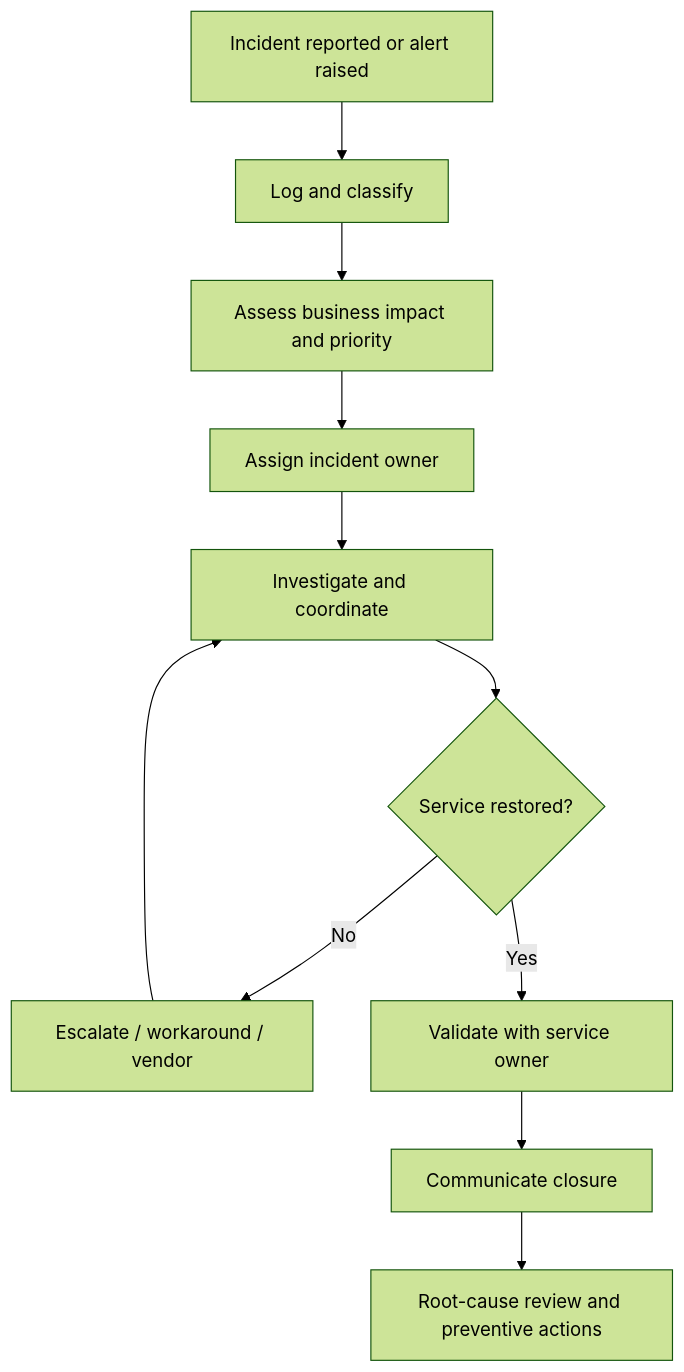
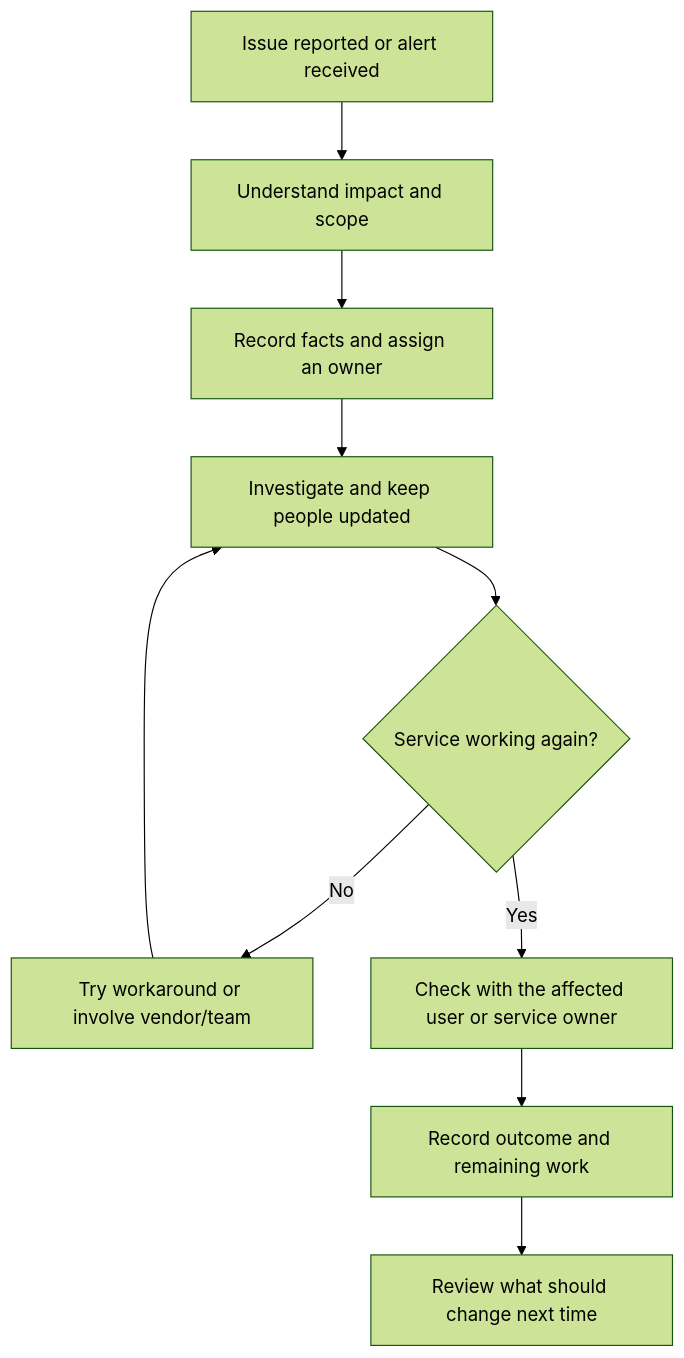
The diagram in management/leadership-and-operations-playbook.md (thnayem/enterprise-it-operations-portfolio), drawn with Mermaid (forest theme) before and after one commit. The commit also changed other lines of this file, not shown here.

````diff
--- a/management/leadership-and-operations-playbook.md
+++ b/management/leadership-and-operations-playbook.md
@@ -22,13 +13,12 @@
 ```mermaid
 flowchart TD
-  A[Incident reported or alert raised] --> B[Log and classify]
-  B --> C[Assess business impact and priority]
-  C --> D[Assign incident owner]
-  D --> E[Investigate and coordinate]
-  E --> F{Service restored?}
-  F -- No --> G[Escalate / workaround / vendor]
-  G --> E
-  F -- Yes --> H[Validate with service owner]
-  H --> I[Communicate closure]
-  I --> J[Root-cause review and preventive actions]
+  A[Issue reported or alert received] --> B[Understand impact and scope]
+  B --> C[Record facts and assign an owner]
+  C --> D[Investigate and keep people updated]
+  D --> E{Service working again?}
+  E -- No --> F[Try workaround or involve vendor/team]
+  F --> D
+  E -- Yes --> G[Check with the affected user or service owner]
+  G --> H[Record outcome and remaining work]
+  H --> I[Review what should change next time]
 ```
````
